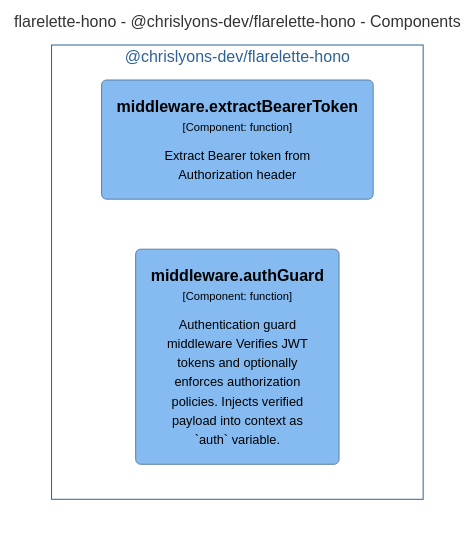
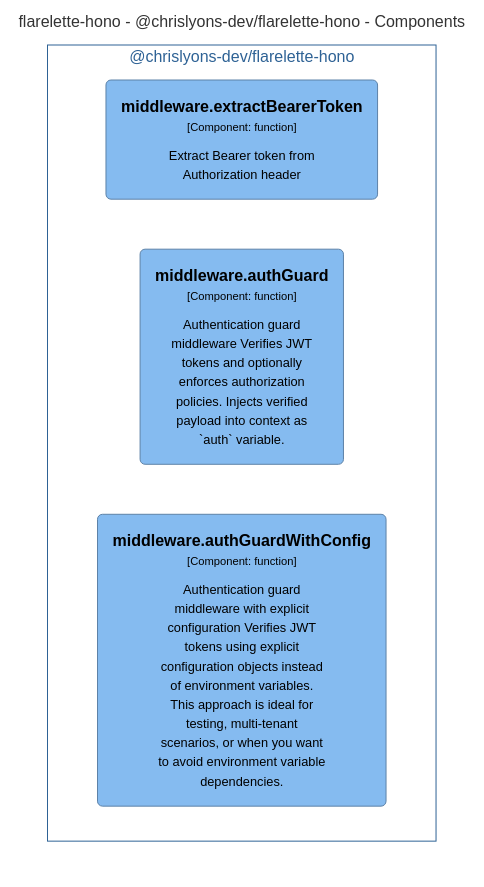
Before and after one commit to chrislyons-dev/flarelette-hono: the diagram in docs/architecture/diagrams/mermaid/structurizr-Classes_chrislyons_dev_flarelette_hono__middleware.mmd, drawn with Mermaid (forest theme). The commit also changed 16 other files, not shown here.

First line of the commit message:
fix: update flarelette-jwt to version 1.11.0, add explicit config usage (#8)

```diff
--- a/docs/architecture/diagrams/mermaid/structurizr-Classes_chrislyons_dev_flarelette_hono__middleware.mmd
+++ b/docs/architecture/diagrams/mermaid/structurizr-Classes_chrislyons_dev_flarelette_hono__middleware.mmd
@@ -1,16 +1,18 @@
 graph TB
   linkStyle default fill:#ffffff
 
   subgraph diagram ["flarelette-hono - @chrislyons-dev/flarelette-hono - Components"]
     style diagram fill:#ffffff,stroke:#ffffff
 
     subgraph 2 ["@chrislyons-dev/flarelette-hono"]
       style 2 fill:#ffffff,stroke:#2e6295,color:#2e6295
 
       12("<div style='font-weight: bold'>middleware.extractBearerToken</div><div style='font-size: 70%; margin-top: 0px'>[Component: function]</div><div style='font-size: 80%; margin-top:10px'>Extract Bearer token from<br />Authorization header</div>")
       style 12 fill:#85bbf0,stroke:#5d82a8,color:#000000
       13("<div style='font-weight: bold'>middleware.authGuard</div><div style='font-size: 70%; margin-top: 0px'>[Component: function]</div><div style='font-size: 80%; margin-top:10px'>Authentication guard<br />middleware Verifies JWT<br />tokens and optionally<br />enforces authorization<br />policies. Injects verified<br />payload into context as<br />`auth` variable.</div>")
       style 13 fill:#85bbf0,stroke:#5d82a8,color:#000000
+      14("<div style='font-weight: bold'>middleware.authGuardWithConfig</div><div style='font-size: 70%; margin-top: 0px'>[Component: function]</div><div style='font-size: 80%; margin-top:10px'>Authentication guard<br />middleware with explicit<br />configuration Verifies JWT<br />tokens using explicit<br />configuration objects instead<br />of environment variables.<br />This approach is ideal for<br />testing, multi-tenant<br />scenarios, or when you want<br />to avoid environment variable<br />dependencies.</div>")
+      style 14 fill:#85bbf0,stroke:#5d82a8,color:#000000
     end
 
   end
```
